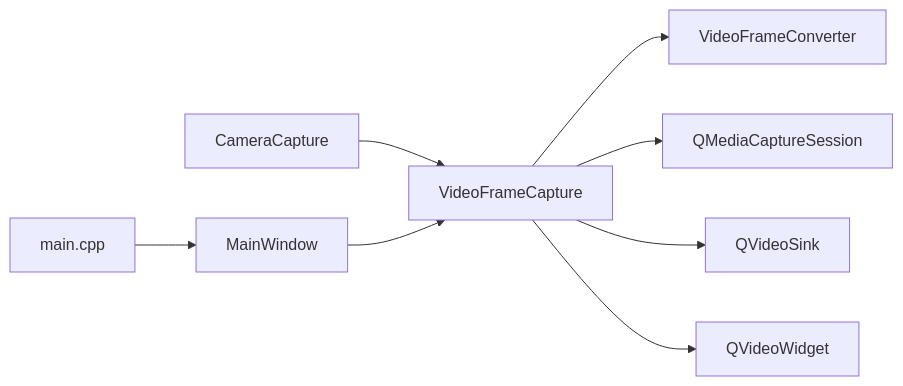
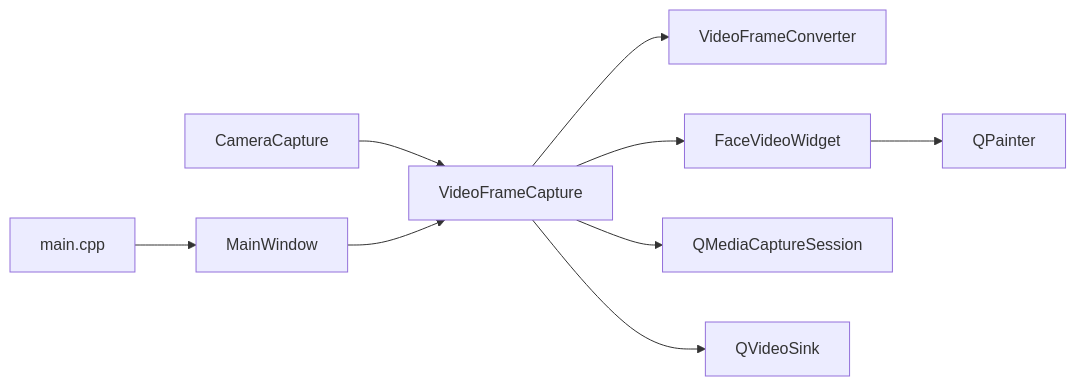
One commit to HeQiTZD/Triple-terminal-Attendance-Punching-System changed the sixth of 6 diagrams in .qoder/repowiki/zh/content/核心模块/摄像头采集模块/视频帧捕获.md. Above: the diagram before and after it, drawn with Mermaid. The commit also changed other lines of this file and 127 other files, not shown here.

````diff
--- a/.qoder/repowiki/zh/content/核心模块/摄像头采集模块/视频帧捕获.md
+++ b/.qoder/repowiki/zh/content/核心模块/摄像头采集模块/视频帧捕获.md
@@ -219,10 +299,11 @@
 ```mermaid
 graph LR
 CC["CameraCapture"] --> VFC["VideoFrameCapture"]
 VFC --> VFCV["VideoFrameConverter"]
+VFC --> FVW["FaceVideoWidget"]
+FVW --> QPainter["QPainter"]
+M["main.cpp"] --> MW["MainWindow"]
+MW --> VFC
 VFC --> Session["QMediaCaptureSession"]
 VFC --> Sink["QVideoSink"]
-VFC --> Widget["QVideoWidget"]
-M["main.cpp"] --> MW["MainWindow"]
-MW --> VFC
 ```
````
